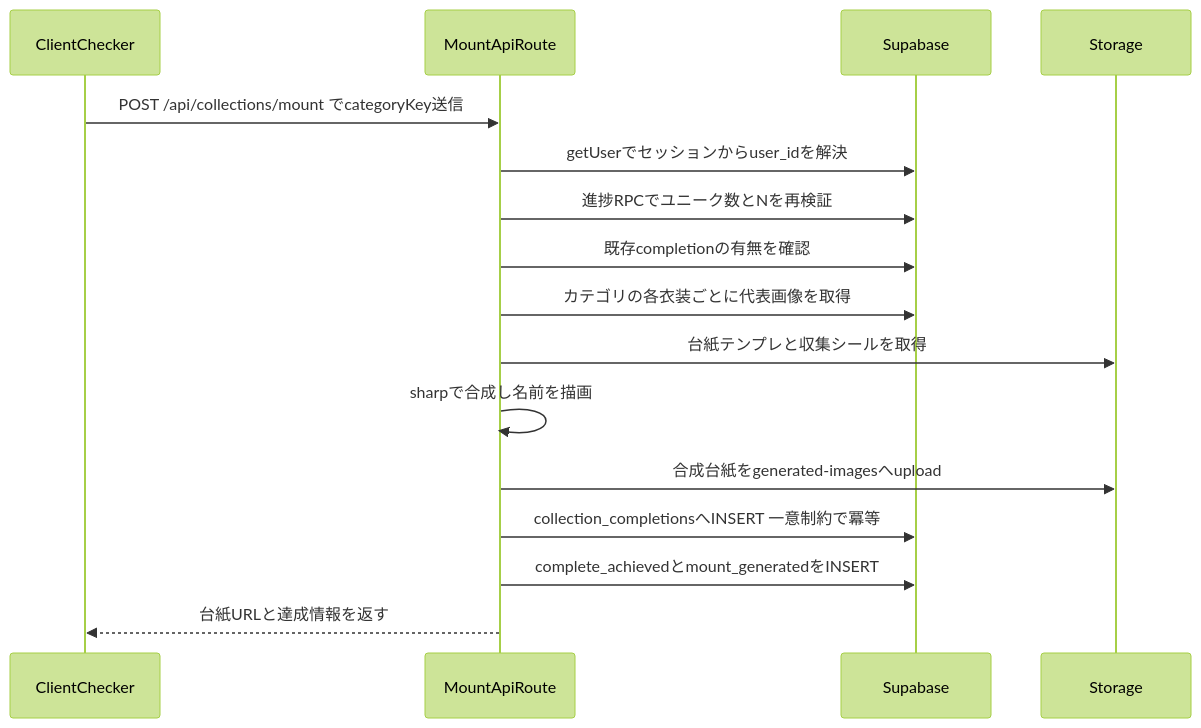
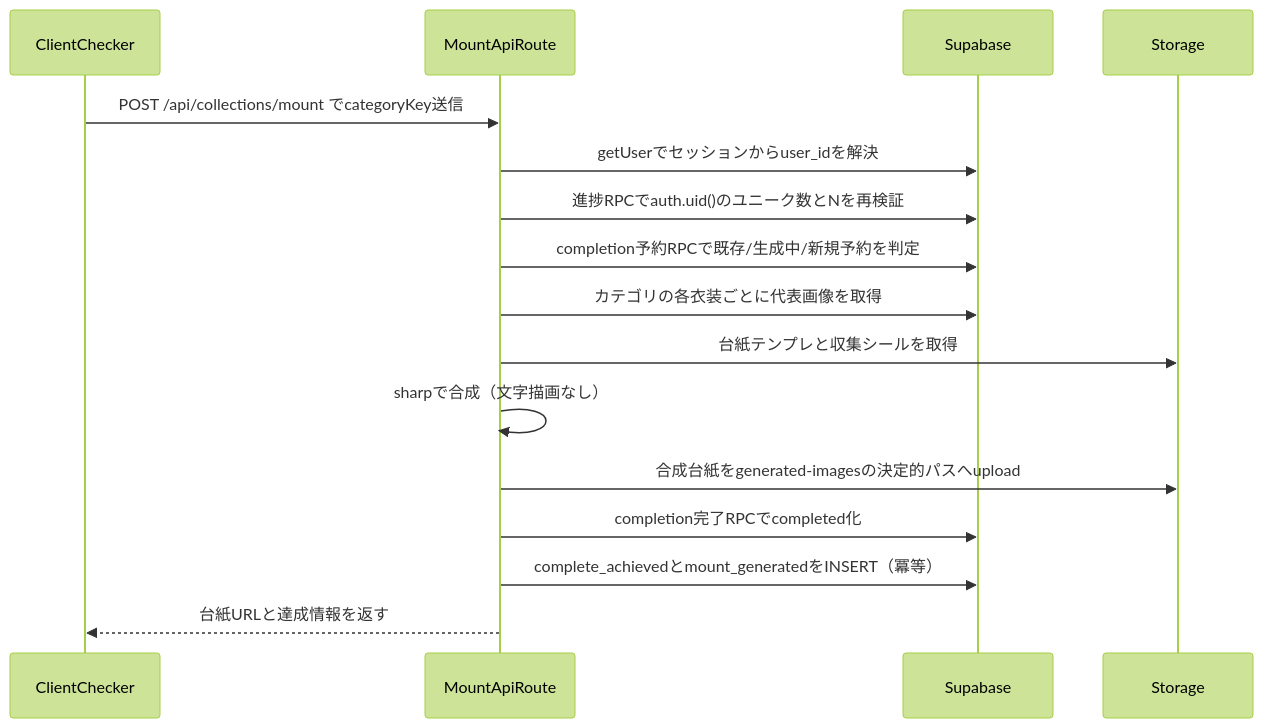
Before and after one commit to 3balljugglerYu/ai_coordinate: the third of 5 diagrams in docs/planning/collection-feature-implementation-plan.md, drawn with Mermaid (forest theme). The commit also changed other lines of this file, not shown here.

Commit message:
docs: harden collection implementation plan

````diff
--- a/docs/planning/collection-feature-implementation-plan.md
+++ b/docs/planning/collection-feature-implementation-plan.md
@@ -132,18 +141,18 @@
 ```mermaid
 sequenceDiagram
     participant C as ClientChecker
     participant API as MountApiRoute
     participant DB as Supabase
     participant ST as Storage
     C->>API: POST /api/collections/mount でcategoryKey送信
     API->>DB: getUserでセッションからuser_idを解決
-    API->>DB: 進捗RPCでユニーク数とNを再検証
-    API->>DB: 既存completionの有無を確認
+    API->>DB: 進捗RPCでauth.uid()のユニーク数とNを再検証
+    API->>DB: completion予約RPCで既存/生成中/新規予約を判定
     API->>DB: カテゴリの各衣装ごとに代表画像を取得
     API->>ST: 台紙テンプレと収集シールを取得
-    API->>API: sharpで合成し名前を描画
-    API->>ST: 合成台紙をgenerated-imagesへupload
-    API->>DB: collection_completionsへINSERT 一意制約で冪等
-    API->>DB: complete_achievedとmount_generatedをINSERT
+    API->>API: sharpで合成（文字描画なし）
+    API->>ST: 合成台紙をgenerated-imagesの決定的パスへupload
+    API->>DB: completion完了RPCでcompleted化
+    API->>DB: complete_achievedとmount_generatedをINSERT（冪等）
     API-->>C: 台紙URLと達成情報を返す
 ```
````
